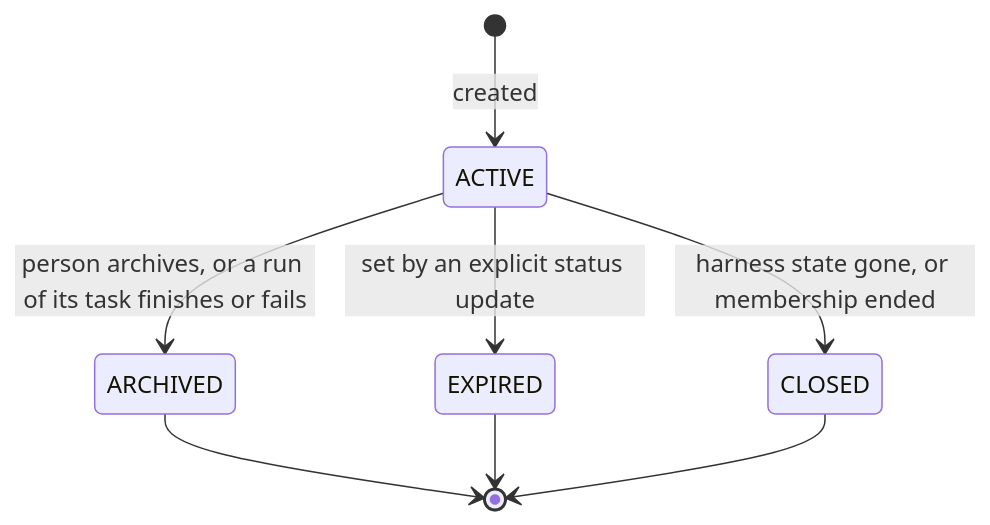
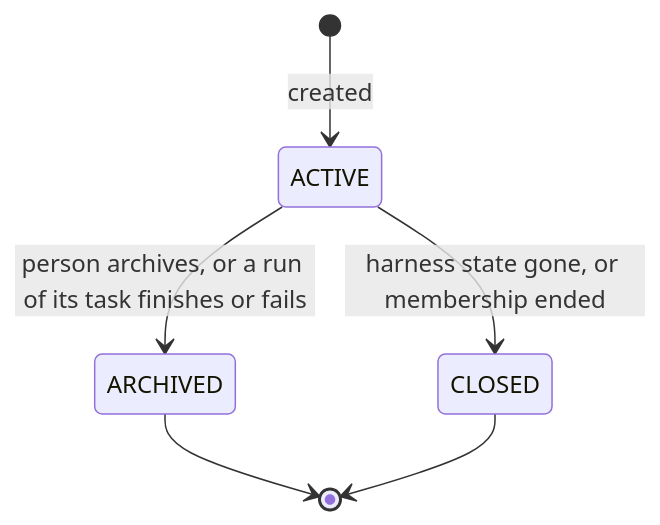
One commit to solution84-com/agenthix changed the diagram in docs/concepts/agents/sessions.md. Above: the diagram before and after it, drawn with Mermaid. The commit also changed other lines of this file and 33 other files, not shown here.

Commit message:
docs: every migration keeps the data from the squash on, and the protocols start at 1.0 — AGENTS.md, the migrations skill, versioning, deployment, the architecture documents and the QA scenarios; ADR-0136 notes the second restart

````diff
--- a/docs/concepts/agents/sessions.md
+++ b/docs/concepts/agents/sessions.md
@@ -7,10 +7,8 @@
 ```mermaid
 stateDiagram-v2
     [*] --> ACTIVE: created
     ACTIVE --> ARCHIVED: person archives, or a run of its task finishes or fails
-    ACTIVE --> EXPIRED: set by an explicit status update
     ACTIVE --> CLOSED: harness state gone, or membership ended
     ARCHIVED --> [*]
-    EXPIRED --> [*]
     CLOSED --> [*]
 ```
````
